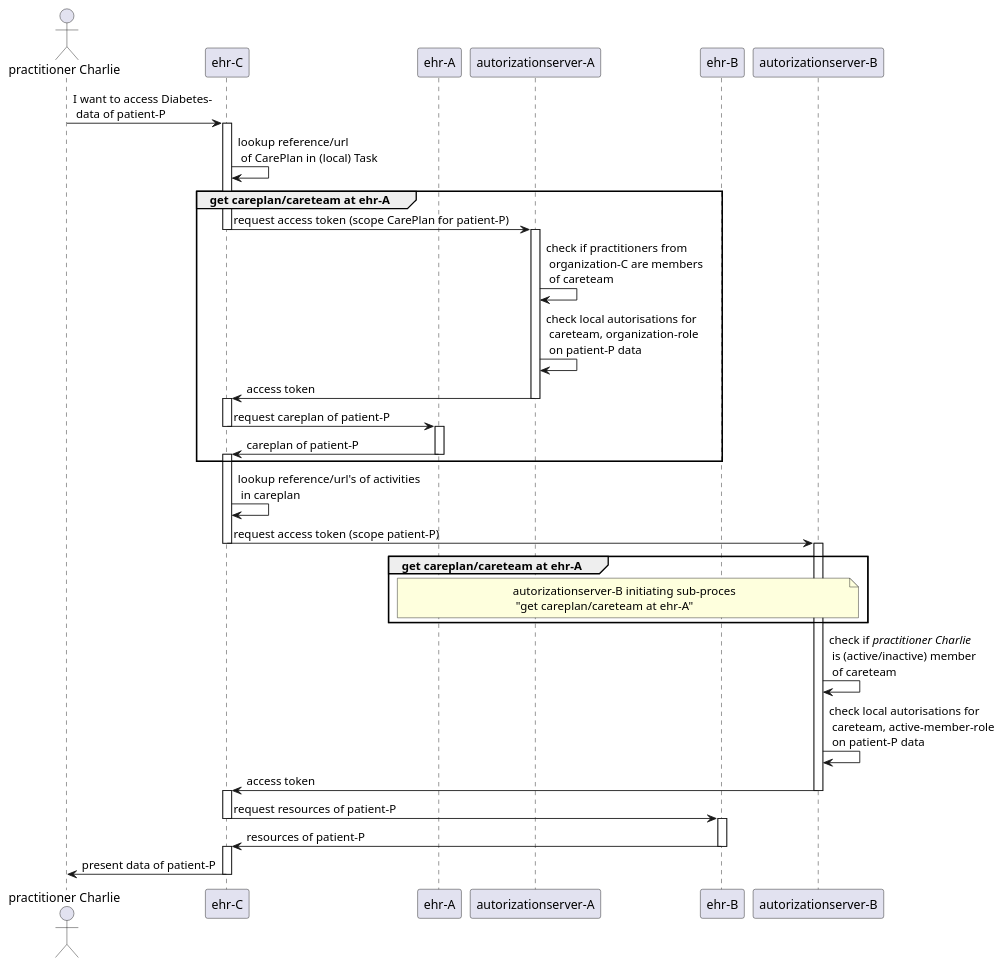
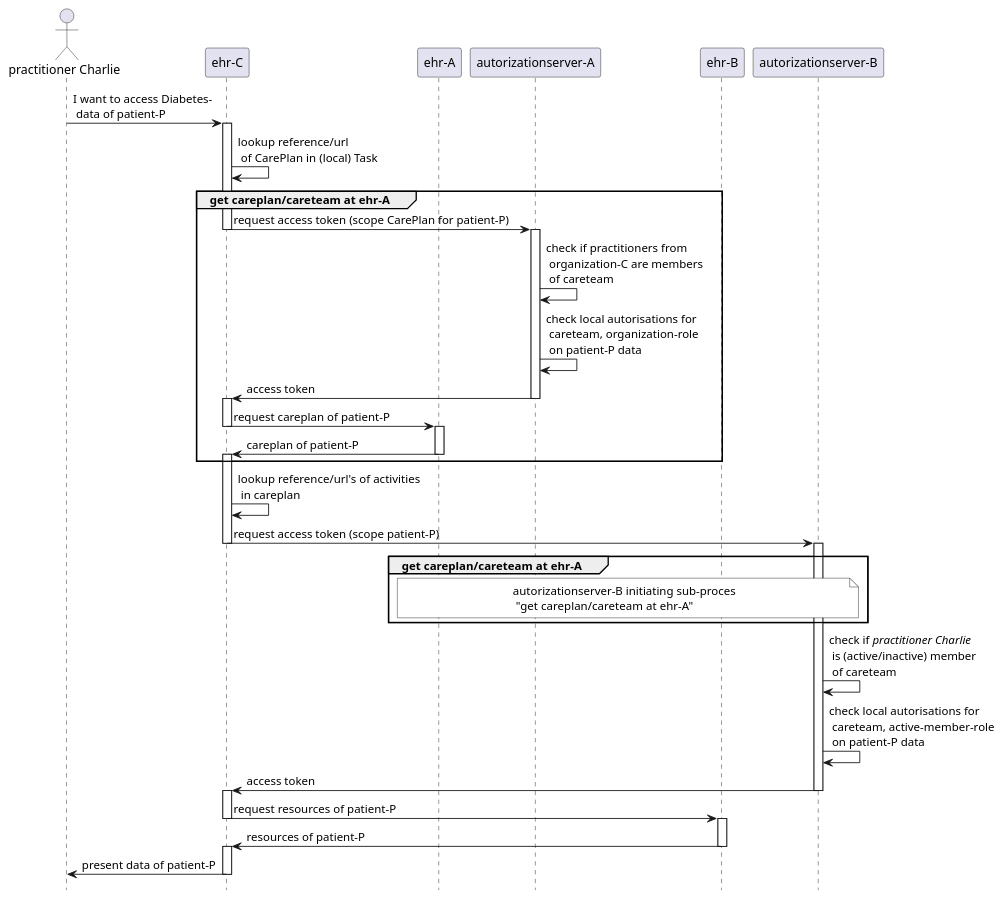
The diagram in input/images-source/example1-retrievingdata.puml (SanteonNL/shared-care-planning), drawn with PlantUML before and after one commit. The commit also changed 2 other files, not shown here.

```diff
--- a/input/images-source/example1-retrievingdata.puml
+++ b/input/images-source/example1-retrievingdata.puml
@@ -1,51 +1,58 @@
 @startuml example1-retrievingdata
+' box "organization A" #LightYellow
 participant "autorizationserver-A" as asa order 40
+participant "ehr-A" as ehra order 30
+' end box
+' box "organization B" #LightYellow
 participant "autorizationserver-B" as asb order 60
-participant "ehr-A" as ehra order 30
 participant "ehr-B" as ehrb order 50
+' end box
+' box "organization C" #LightYellow
 participant "ehr-C" as ehrc order 20
 actor "practitioner Charlie" as prc order 10
+' end box
+hide footbox
 
 prc -> ehrc : I want to access Diabetes-\n data of patient-P
 activate ehrc
 ehrc -> ehrc : lookup reference/url\n of CarePlan in (local) Task
 
 
 group get careplan/careteam at ehr-A
     ehrc -> asa : request access token (scope CarePlan for patient-P)
     deactivate ehrc
     activate asa
     asa -> asa : check if practitioners from\n organization-C are members\n of careteam
     asa -> asa : check local autorisations for\n careteam, organization-role\n on patient-P data
     asa -> ehrc : access token
     deactivate asa
     activate ehrc
     ehrc -> ehra : request careplan of patient-P
     deactivate ehrc
     activate ehra
     ehra -> ehrc : careplan of patient-P
     deactivate ehra
     activate ehrc
 end
 
 ehrc -> ehrc : lookup reference/url's of activities\n in careplan
 ehrc -> asb : request access token (scope patient-P)
 deactivate ehrc
 activate asb
 group  get careplan/careteam at ehr-A
-    note over asb, ehra : autorizationserver-B initiating sub-proces\n "get careplan/careteam at ehr-A"
+    note over asb, ehra #White : autorizationserver-B initiating sub-proces\n "get careplan/careteam at ehr-A" 
 end
 asb -> asb : check if //practitioner Charlie//\n is (active/inactive) member\n of careteam
 asb -> asb : check local autorisations for\n careteam, active-member-role\n on patient-P data
 asb -> ehrc : access token
 deactivate asb
 activate ehrc
 ehrc -> ehrb : request resources of patient-P
 deactivate ehrc
 activate ehrb
 ehrb -> ehrc : resources of patient-P
 deactivate ehrb
 activate ehrc
 ehrc -> prc : present data of patient-P
 deactivate ehrc
 @enduml
```
